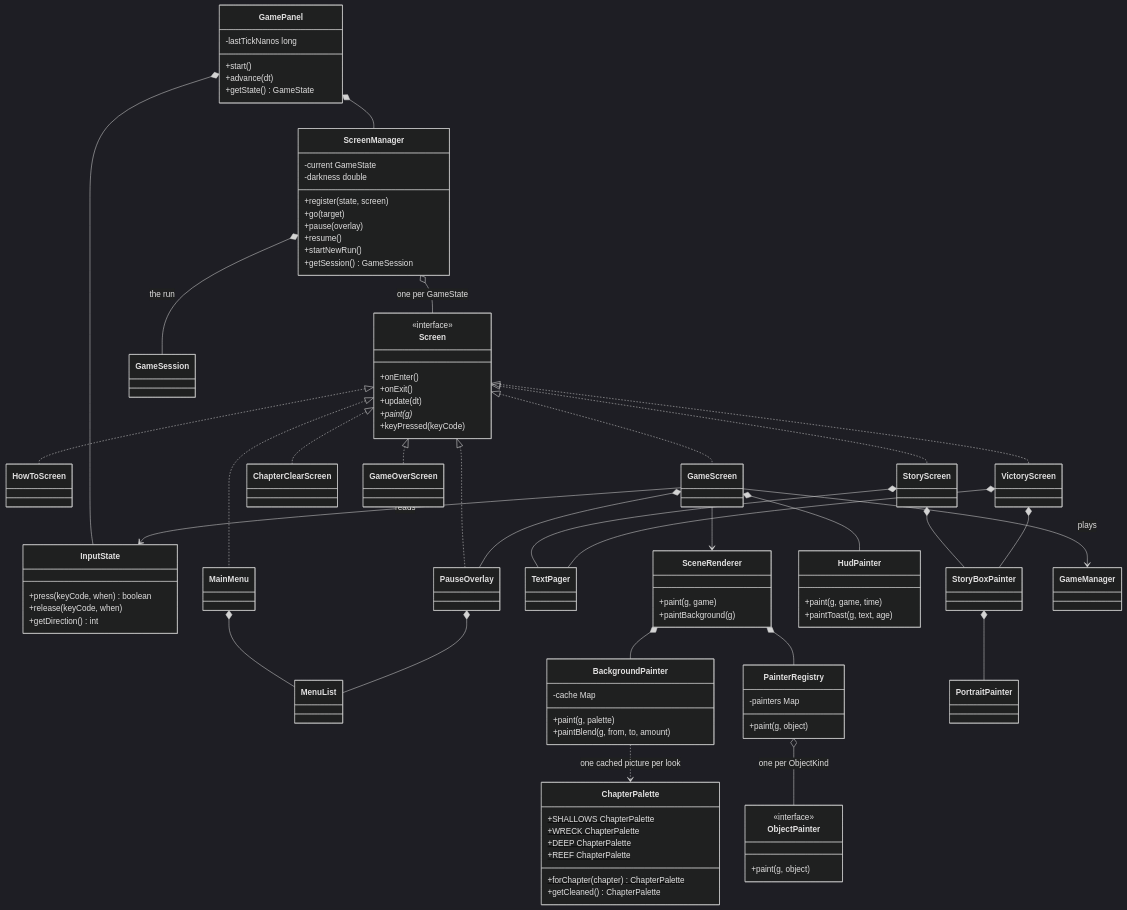
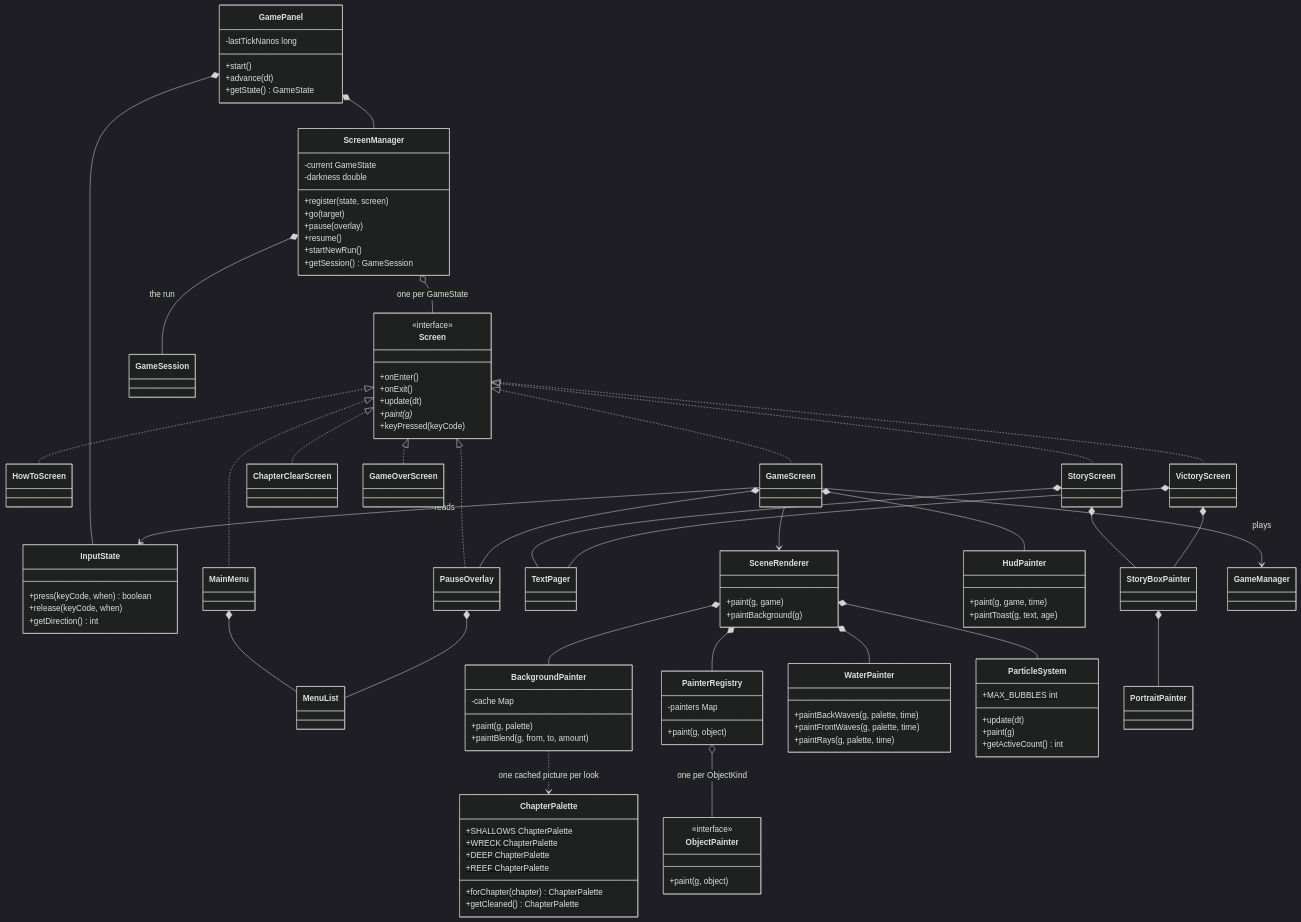
One commit to NJJAV33/Fish2trash changed the fifth of 5 diagrams in docs/class-diagram.md. Above: the diagram before and after it, drawn with Mermaid (dark theme). The commit also changed 5 other files, not shown here.

First line of the commit message:
feat(ui): add animated water, light rays and bubbles

```diff
--- a/docs/class-diagram.md
+++ b/docs/class-diagram.md
@@ -525,6 +525,19 @@
         +paintBlend(g, from, to, amount)
     }
 
+    class WaterPainter {
+        +paintBackWaves(g, palette, time)
+        +paintFrontWaves(g, palette, time)
+        +paintRays(g, palette, time)
+    }
+
+    class ParticleSystem {
+        +MAX_BUBBLES int$
+        +update(dt)
+        +paint(g)
+        +getActiveCount() int
+    }
+
     class ChapterPalette {
         +SHALLOWS ChapterPalette$
         +WRECK ChapterPalette$
@@ -564,6 +577,8 @@
     GameScreen --> SceneRenderer
     GameScreen --> InputState : reads
     SceneRenderer *-- BackgroundPainter
+    SceneRenderer *-- WaterPainter
+    SceneRenderer *-- ParticleSystem
     BackgroundPainter ..> ChapterPalette : one cached picture per look
     SceneRenderer *-- PainterRegistry
     PainterRegistry o-- ObjectPainter : one per ObjectKind
```
